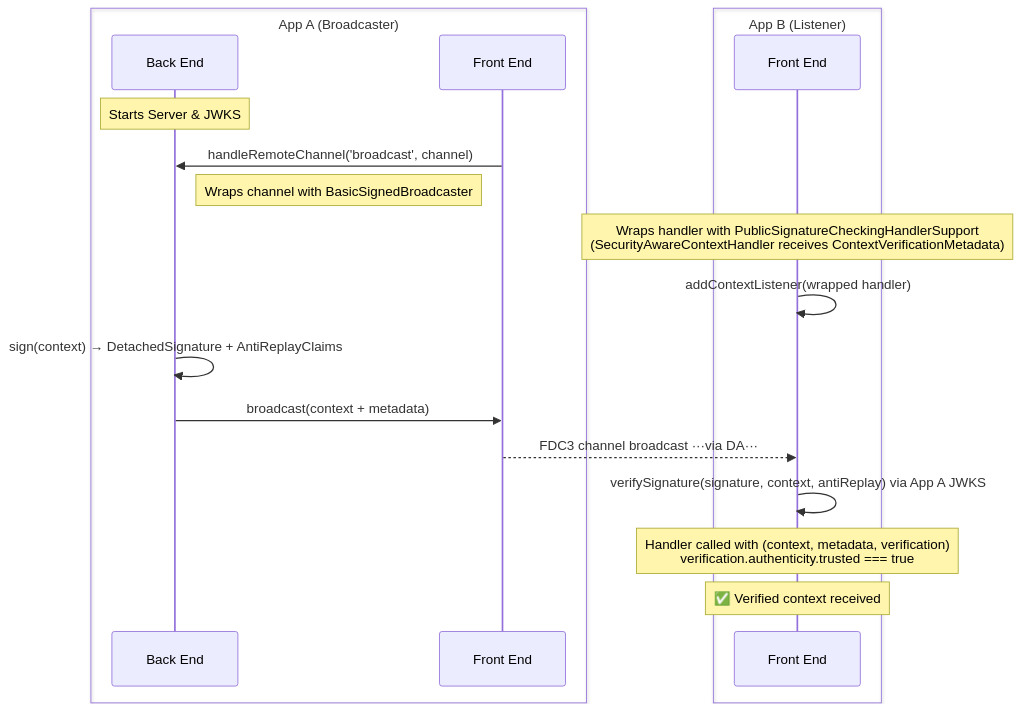
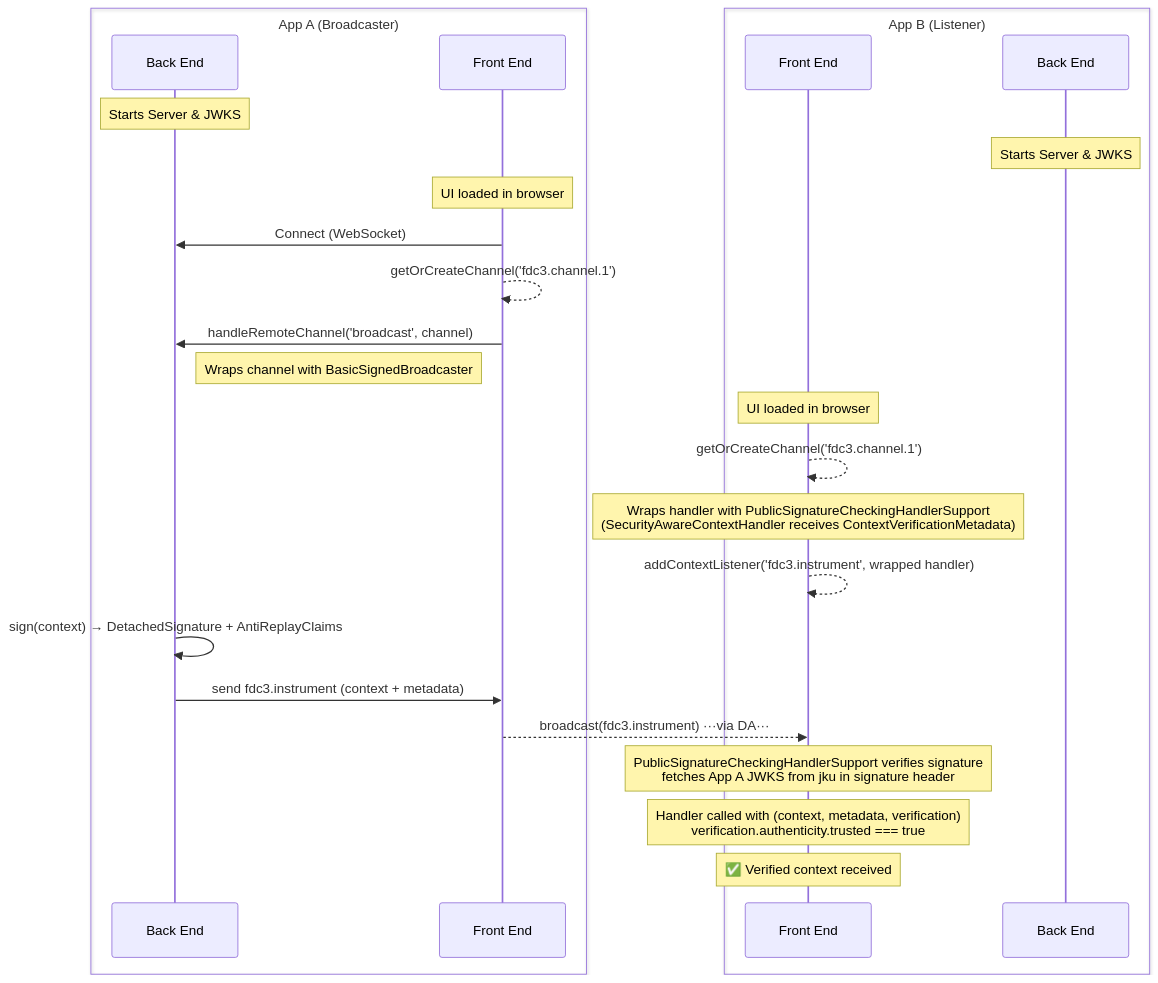
Before and after one commit to finos/FDC3: the third of 5 diagrams in packages/fdc3-security/samples/README.md, drawn with Mermaid. The commit also changed other lines of this file, not shown here.

Commit message:
reworking FDC3 security samples diagrams

````diff
--- a/packages/fdc3-security/samples/README.md
+++ b/packages/fdc3-security/samples/README.md
@@ -127,25 +143,33 @@
 ```mermaid
 sequenceDiagram
     box App A (Broadcaster)
         participant ABE as Back End
         participant AFE as Front End
     end
     box App B (Listener)
         participant BFE as Front End
+        participant BBE as Back End
     end
 
     Note over ABE: Starts Server & JWKS
+    Note over BBE: Starts Server & JWKS
+
+    Note over AFE: UI loaded in browser
+    AFE->>ABE: Connect (WebSocket)
+    AFE-->>AFE: getOrCreateChannel('fdc3.channel.1')
     AFE->>ABE: handleRemoteChannel('broadcast', channel)
     Note right of ABE: Wraps channel with BasicSignedBroadcaster
 
+    Note over BFE: UI loaded in browser
+    BFE-->>BFE: getOrCreateChannel('fdc3.channel.1')
     Note over BFE: Wraps handler with PublicSignatureCheckingHandlerSupport<br/>(SecurityAwareContextHandler receives ContextVerificationMetadata)
-    BFE->>BFE: addContextListener(wrapped handler)
+    BFE-->>BFE: addContextListener('fdc3.instrument', wrapped handler)
 
     ABE->>ABE: sign(context) → DetachedSignature + AntiReplayClaims
-    ABE->>AFE: broadcast(context + metadata)
-    AFE-->>BFE: FDC3 channel broadcast ···via DA···
+    ABE->>AFE: send fdc3.instrument (context + metadata)
+    AFE-->>BFE: broadcast(fdc3.instrument) ···via DA···
 
-    BFE->>BFE: verifySignature(signature, context, antiReplay) via App A JWKS
+    Note over BFE: PublicSignatureCheckingHandlerSupport verifies signature<br/>fetches App A JWKS from jku in signature header
     Note over BFE: Handler called with (context, metadata, verification)<br/>verification.authenticity.trusted === true
     Note over BFE: ✅ Verified context received
 ```
````
